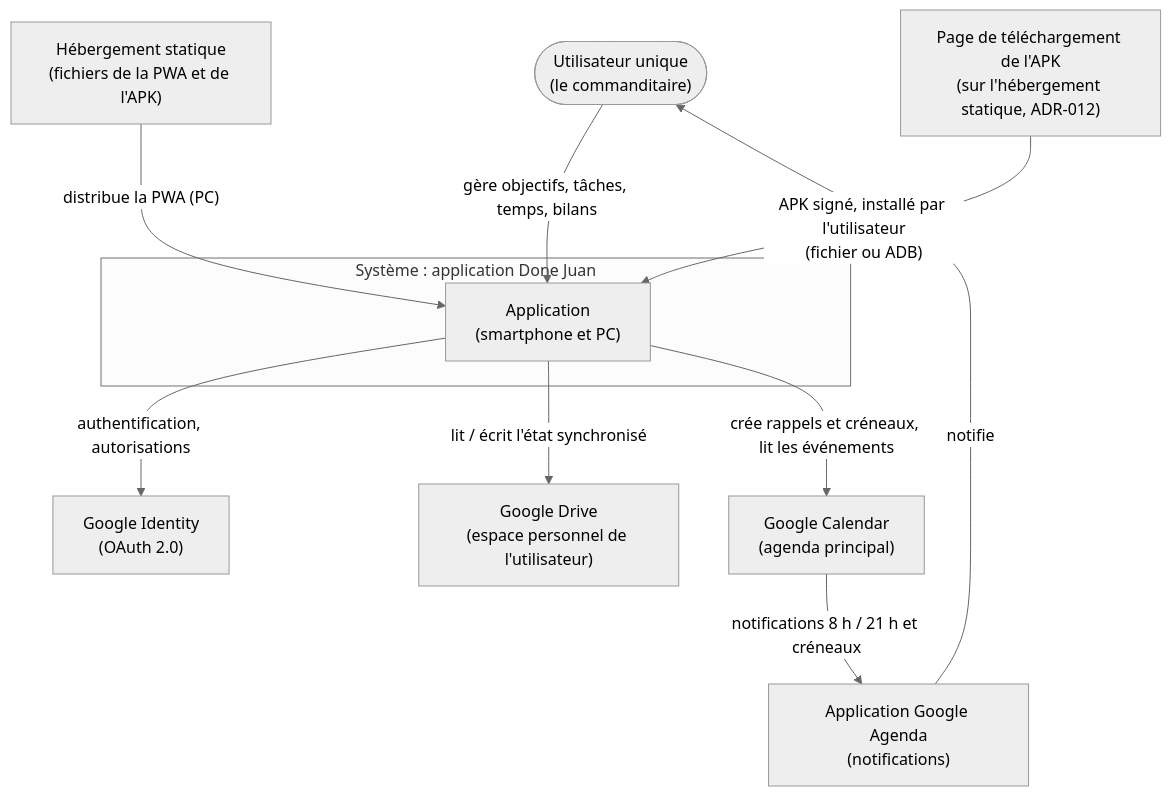
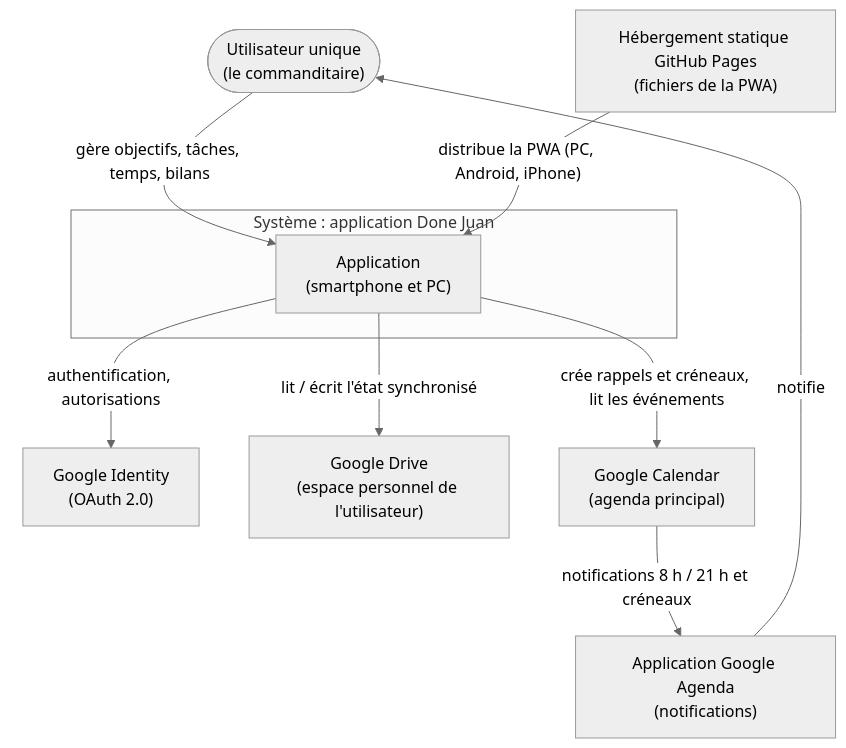
One commit to mathieublandin-create/taskapp changed the first of 5 diagrams in docs/03-architecture/DAT.md. Above: the diagram before and after it, drawn with Mermaid (neutral theme). The commit also changed other lines of this file and 19 other files, not shown here.

````diff
--- a/docs/03-architecture/DAT.md
+++ b/docs/03-architecture/DAT.md
@@ -90,22 +92,20 @@
 ```mermaid
 flowchart TB
     U(["Utilisateur unique<br/>(le commanditaire)"])
     subgraph SYS["Système : application Done Juan"]
         APP["Application<br/>(smartphone et PC)"]
     end
     GID["Google Identity<br/>(OAuth 2.0)"]
     GDR["Google Drive<br/>(espace personnel de l'utilisateur)"]
     GCA["Google Calendar<br/>(agenda principal)"]
     GCAPP["Application Google Agenda<br/>(notifications)"]
-    HOST["Hébergement statique<br/>(fichiers de la PWA et de l'APK)"]
-    STORE["Page de téléchargement de l'APK<br/>(sur l'hébergement statique, ADR-012)"]
+    HOST["Hébergement statique GitHub Pages<br/>(fichiers de la PWA)"]
 
     U -- "gère objectifs, tâches, temps, bilans" --> APP
     APP -- "authentification, autorisations" --> GID
     APP -- "lit / écrit l'état synchronisé" --> GDR
     APP -- "crée rappels et créneaux, lit les événements" --> GCA
     GCA -- "notifications 8 h / 21 h et créneaux" --> GCAPP
     GCAPP -- "notifie" --> U
-    HOST -- "distribue la PWA (PC)" --> APP
-    STORE -- "APK signé, installé par l'utilisateur<br/>(fichier ou ADB)" --> APP
+    HOST -- "distribue la PWA (PC, Android, iPhone)" --> APP
 ```
````
